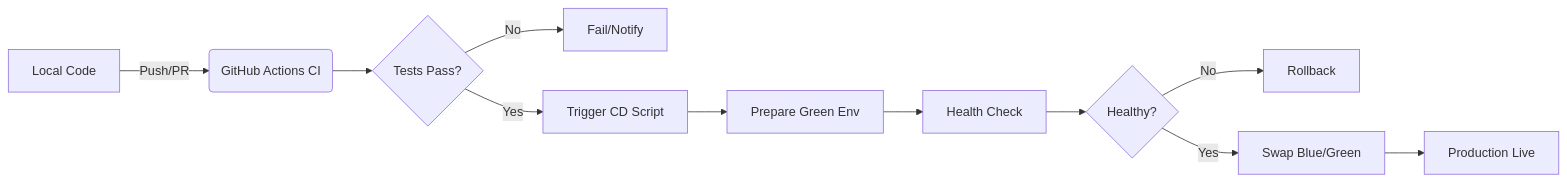
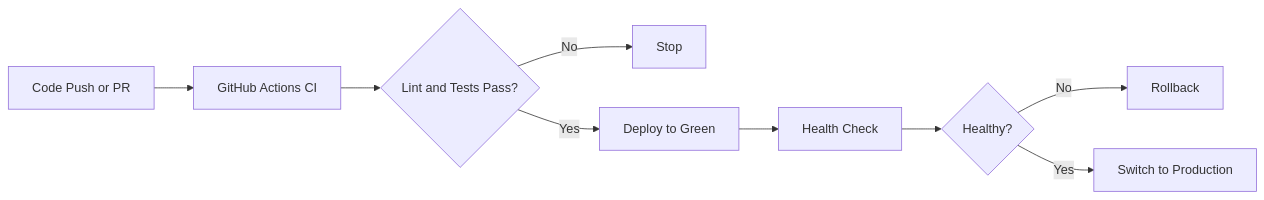
The diagram in README.md (kargimariam/devops_midterm), drawn with Mermaid before and after one commit. The commit also changed other lines of this file and 22 other files, not shown here.

````diff
--- a/README.md
+++ b/README.md
@@ -16,13 +14,11 @@
 ```mermaid
 graph LR
-    A[Local Code] -->|Push/PR| B(GitHub Actions CI)
-    B --> C{Tests Pass?}
-    C -- No --> D[Fail/Notify]
-    C -- Yes --> E[Trigger CD Script]
-    E --> F[Prepare Green Env]
-    F --> G[Health Check]
-    G --> H{Healthy?}
-    H -- No --> I[Rollback]
-    H -- Yes --> J[Swap Blue/Green]
-    J --> K[Production Live]
+    A[Code Push or PR] --> B[GitHub Actions CI]
+    B --> C{Lint and Tests Pass?}
+    C -- No --> D[Stop]
+    C -- Yes --> E[Deploy to Green]
+    E --> F[Health Check]
+    F --> G{Healthy?}
+    G -- No --> H[Rollback]
+    G -- Yes --> I[Switch to Production]
 ```
````
